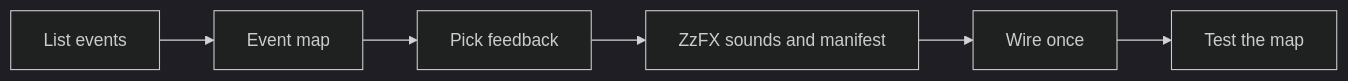
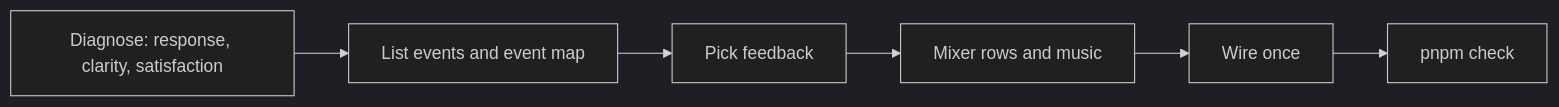
Before and after one commit to willianjusten/agent-skills: the diagram in skills/game/game-feel/README.md, drawn with Mermaid (dark theme). The commit also changed other lines of this file and 3 other files, not shown here.

Commit message:
feat(game-feel): mixer, recipes and sequencer, diagnose response then clarity then satisfaction

````diff
--- a/skills/game/game-feel/README.md
+++ b/skills/game/game-feel/README.md
@@ -7,8 +7,8 @@
 ```mermaid
 flowchart LR
-  A[List events] --> B[Event map]
+  A[Diagnose: response, clarity, satisfaction] --> B[List events and event map]
   B --> C[Pick feedback]
-  C --> D[ZzFX sounds and manifest]
+  C --> D[Mixer rows and music]
   D --> E[Wire once]
-  E --> F[Test the map]
+  E --> F[pnpm check]
 ```
````
